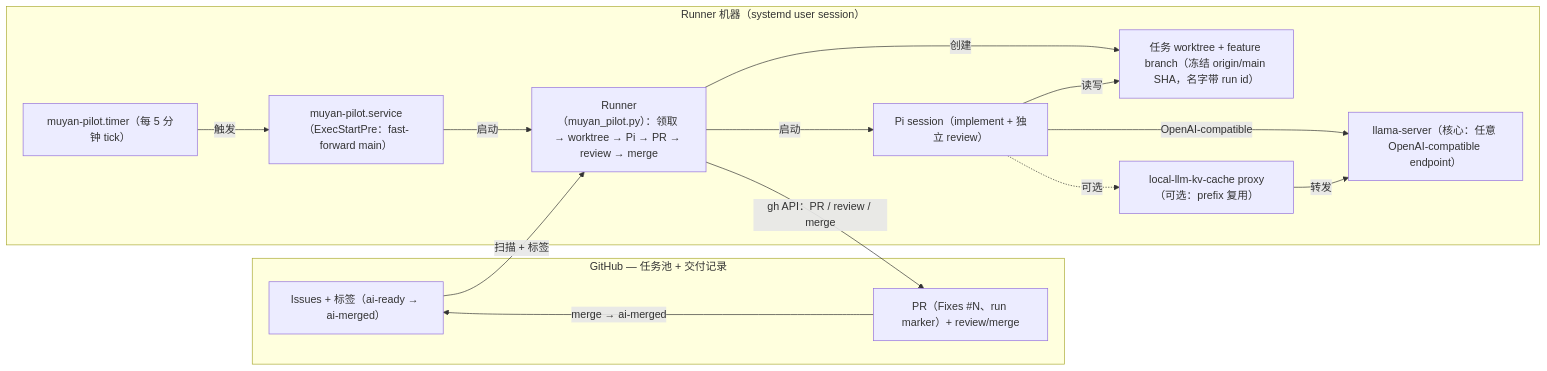
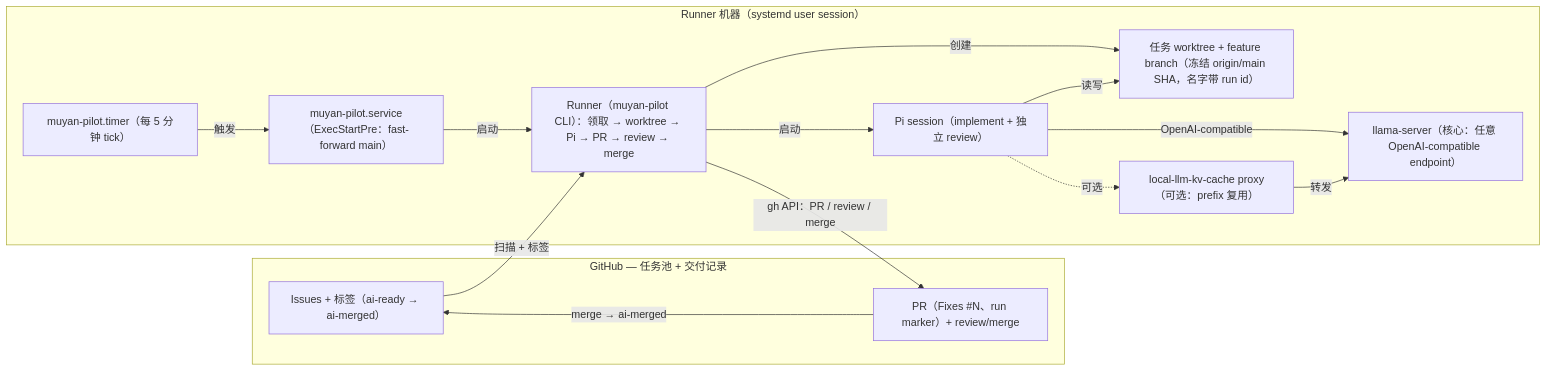
One commit to orbi-build/orbi changed the diagram in docs/zh/index.mdx. Above: the diagram before and after it, drawn with Mermaid. The commit also changed 31 other files, not shown here.

````diff
--- a/docs/zh/index.mdx
+++ b/docs/zh/index.mdx
@@ -14,27 +14,27 @@
 ```mermaid
 flowchart LR
   subgraph github["GitHub — 任务池 + 交付记录"]
     issues["Issues + 标签（ai-ready → ai-merged）"]
     prs["PR（Fixes #N、run marker）+ review/merge"]
   end
   subgraph machine["Runner 机器（systemd user session）"]
     timer["muyan-pilot.timer（每 5 分钟 tick）"]
     service["muyan-pilot.service（ExecStartPre：fast-forward main）"]
-    runner["Runner（muyan_pilot.py）：领取 → worktree → Pi → PR → review → merge"]
+    runner["Runner（muyan-pilot CLI）：领取 → worktree → Pi → PR → review → merge"]
     worktree["任务 worktree + feature branch（冻结 origin/main SHA，名字带 run id）"]
     pi["Pi session（implement + 独立 review）"]
     model["llama-server（核心：任意 OpenAI-compatible endpoint）"]
     proxy["local-llm-kv-cache proxy（可选：prefix 复用）"]
   end
   issues -->|扫描 + 标签| runner
   timer -->|触发| service
   service -->|启动| runner
   runner -->|创建| worktree
   runner -->|启动| pi
   pi -->|读写| worktree
   pi -->|OpenAI-compatible| model
   pi -.->|可选| proxy
   proxy -->|转发| model
   runner -->|gh API：PR / review / merge| prs
   prs -->|merge → ai-merged| issues
 ```
````
